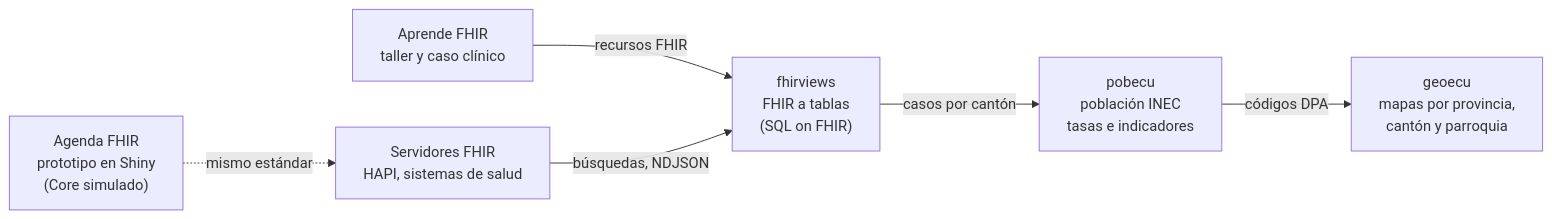
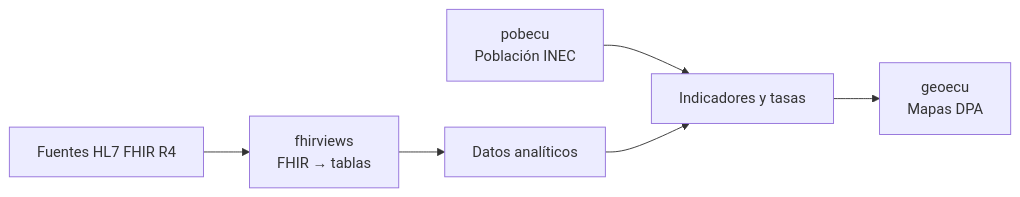
The second of 2 diagrams in README.md (f-slg/f-slg), drawn with Mermaid before and after one commit. The commit also changed other lines of this file, not shown here.

First line of the commit message:
docs: renovar portada profesional con diagramas Mermaid (#1)

````diff
--- a/README.md
+++ b/README.md
@@ -38,8 +91,8 @@
 ```mermaid
 flowchart LR
-    A["Aprende FHIR<br/>taller y caso clínico"] -->|"recursos FHIR"| F["fhirviews<br/>FHIR a tablas<br/>(SQL on FHIR)"]
-    S["Servidores FHIR<br/>HAPI, sistemas de salud"] -->|"búsquedas, NDJSON"| F
-    F -->|"casos por cantón"| P["pobecu<br/>población INEC<br/>tasas e indicadores"]
-    P -->|"códigos DPA"| G["geoecu<br/>mapas por provincia,<br/>cantón y parroquia"]
-    AG["Agenda FHIR<br/>prototipo en Shiny<br/>(Core simulado)"] -.->|"mismo estándar"| S
+    F["Fuentes HL7 FHIR R4"] --> V["fhirviews<br/>FHIR → tablas"]
+    V --> A["Datos analíticos"]
+    P["pobecu<br/>Población INEC"] --> I["Indicadores y tasas"]
+    A --> I
+    I --> G["geoecu<br/>Mapas DPA"]
 ```
````
